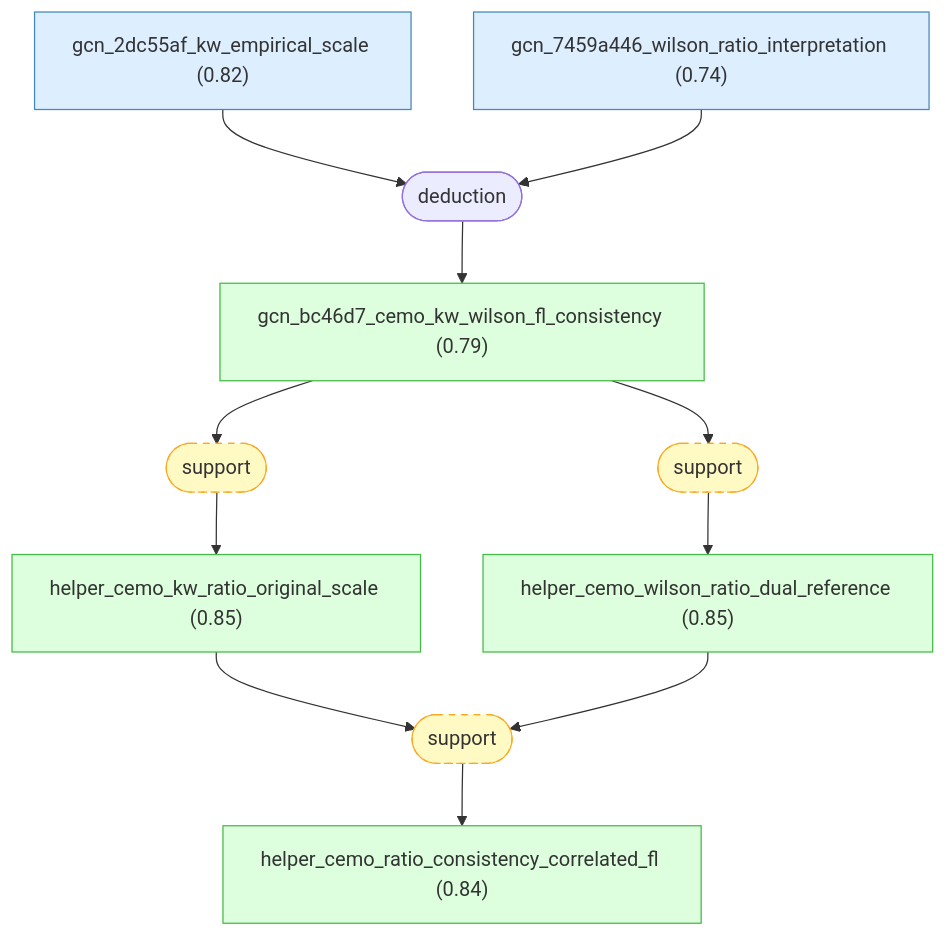
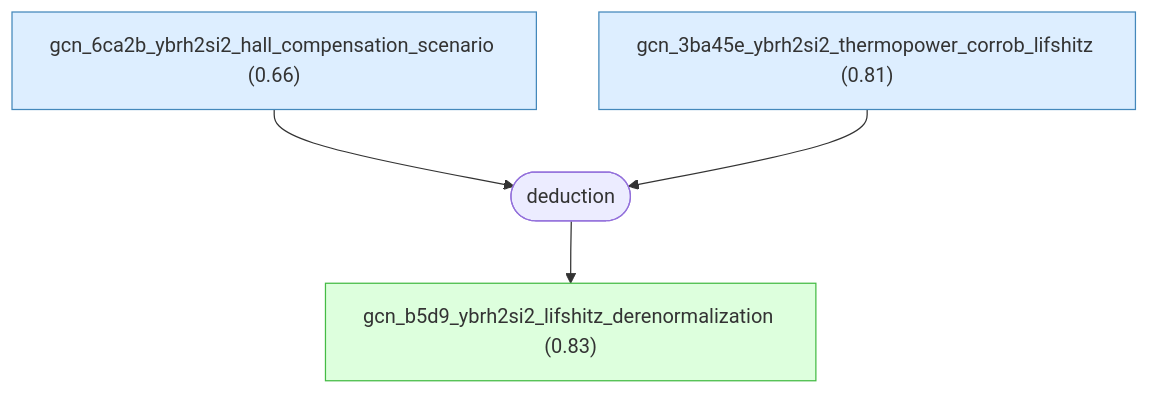
The tenth of 13 diagrams in docs/detailed-reasoning.md (Callo42/fermi-liquid-effective-mass-gaia), drawn with Mermaid before and after one commit. The commit also changed other lines of this file and 53 other files, not shown here.

First line of the commit message:
Regenerate Fermi graph from connected root

````diff
--- a/docs/detailed-reasoning.md
+++ b/docs/detailed-reasoning.md
@@ -1331,33 +1045,20 @@
 ```mermaid
 graph TD
-    gcn_2dc55af_kw_empirical_scale["gcn_2dc55af_kw_empirical_scale (0.82)"]:::premise
-    gcn_7459a446_wilson_ratio_interpretation["gcn_7459a446_wilson_ratio_interpretation (0.74)"]:::premise
-    gcn_bc46d7_cemo_kw_wilson_fl_consistency["gcn_bc46d7_cemo_kw_wilson_fl_consistency (0.79)"]:::derived
-    helper_cemo_kw_ratio_original_scale["helper_cemo_kw_ratio_original_scale (0.85)"]:::derived
-    helper_cemo_wilson_ratio_dual_reference["helper_cemo_wilson_ratio_dual_reference (0.85)"]:::derived
-    helper_cemo_ratio_consistency_correlated_fl["helper_cemo_ratio_consistency_correlated_fl (0.84)"]:::derived
-    strat_27(["deduction"])
-    gcn_2dc55af_kw_empirical_scale --> strat_27
-    gcn_7459a446_wilson_ratio_interpretation --> strat_27
-    strat_27 --> gcn_bc46d7_cemo_kw_wilson_fl_consistency
-    strat_28(["support"]):::weak
-    gcn_bc46d7_cemo_kw_wilson_fl_consistency --> strat_28
-    strat_28 --> helper_cemo_kw_ratio_original_scale
-    strat_29(["support"]):::weak
-    gcn_bc46d7_cemo_kw_wilson_fl_consistency --> strat_29
-    strat_29 --> helper_cemo_wilson_ratio_dual_reference
-    strat_30(["support"]):::weak
-    helper_cemo_kw_ratio_original_scale --> strat_30
-    helper_cemo_wilson_ratio_dual_reference --> strat_30
-    strat_30 --> helper_cemo_ratio_consistency_correlated_fl
+    gcn_6ca2b_ybrh2si2_hall_compensation_scenario["gcn_6ca2b_ybrh2si2_hall_compensation_scenario (0.66)"]:::premise
+    gcn_3ba45e_ybrh2si2_thermopower_corrob_lifshitz["gcn_3ba45e_ybrh2si2_thermopower_corrob_lifshitz (0.81)"]:::premise
+    gcn_b5d9_ybrh2si2_lifshitz_derenormalization["gcn_b5d9_ybrh2si2_lifshitz_derenormalization (0.83)"]:::derived
+    strat_16(["deduction"])
+    gcn_6ca2b_ybrh2si2_hall_compensation_scenario --> strat_16
+    gcn_3ba45e_ybrh2si2_thermopower_corrob_lifshitz --> strat_16
+    strat_16 --> gcn_b5d9_ybrh2si2_lifshitz_derenormalization
 
     classDef setting fill:#f0f0f0,stroke:#999,color:#333
     classDef premise fill:#ddeeff,stroke:#4488bb,color:#333
     classDef derived fill:#ddffdd,stroke:#44bb44,color:#333
     classDef question fill:#fff3dd,stroke:#cc9944,color:#333
     classDef background fill:#f5f5f5,stroke:#bbb,stroke-dasharray: 5 5,color:#333
     classDef orphan fill:#fff,stroke:#ccc,stroke-dasharray: 5 5,color:#333
     classDef external fill:#fff,stroke:#aaa,stroke-dasharray: 3 3,color:#333
     classDef weak fill:#fff9c4,stroke:#f9a825,stroke-dasharray: 5 5,color:#333
     classDef contra fill:#ffebee,stroke:#c62828,color:#333
 ```
````
